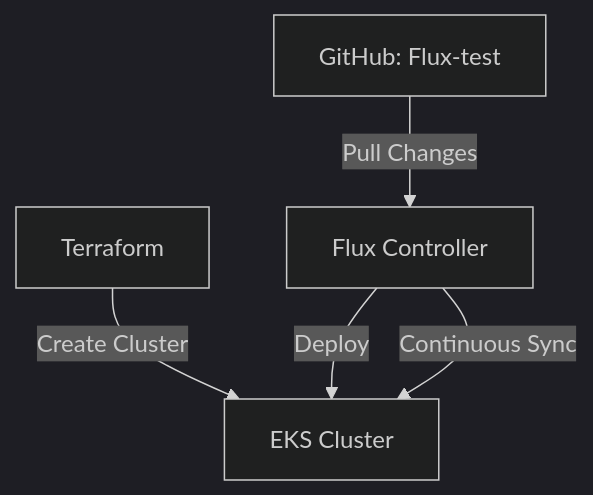
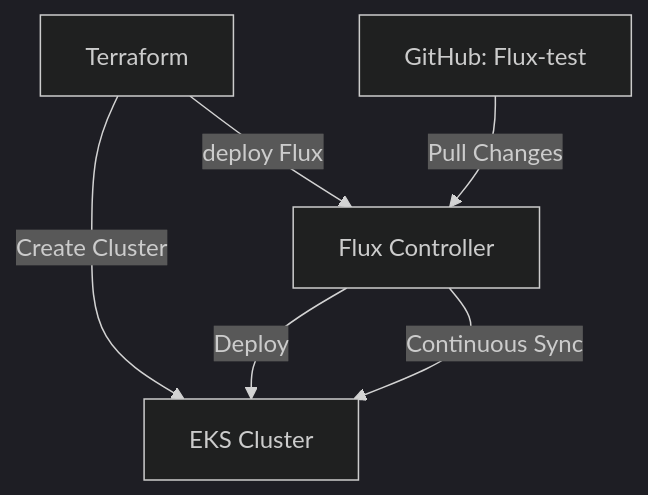
One commit to gvamsi2010/EKS_CLUSTER changed the diagram in README.md. Above: the diagram before and after it, drawn with Mermaid (dark theme).

Commit message:
flux graph

````diff
--- a/README.md
+++ b/README.md
@@ -9,7 +9,8 @@
 ```mermaid
 graph TD
     E[Terraform] -->|Create Cluster| C[EKS Cluster]
     A[GitHub: Flux-test] -->|Pull Changes| B[Flux Controller]
     B -->|Deploy| C[EKS Cluster]
+    E -->|deploy Flux| B
     B -->|Continuous Sync| C
 ```
````
